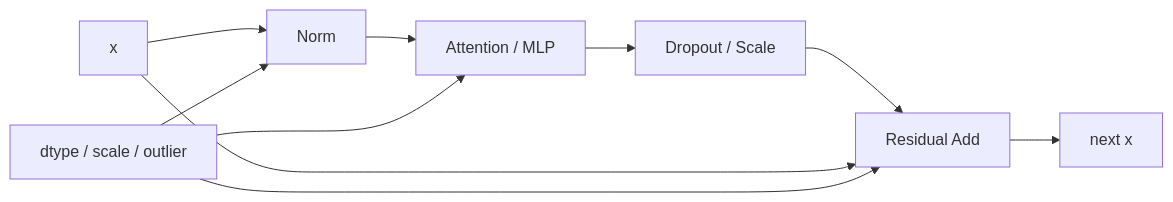
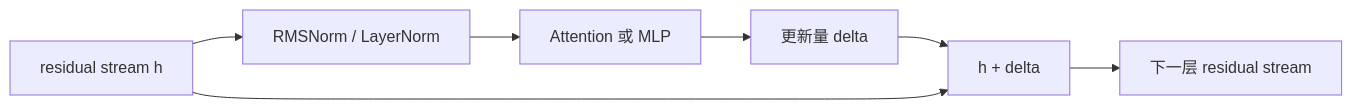
The diagram in files/foundations/normalization-residual-and-activation.md (Charles2530/Charles-AI-notes), drawn with Mermaid before and after one commit. The commit also changed other lines of this file and 437 other files, not shown here.

````diff
--- a/files/foundations/normalization-residual-and-activation.md
+++ b/files/foundations/normalization-residual-and-activation.md
@@ -172,12 +220,9 @@
 ```mermaid
 flowchart LR
-    A["x"] --> B["Norm"]
-    B --> C["Attention / MLP"]
-    C --> D["Dropout / Scale"]
-    D --> E["Residual Add"]
-    A --> E
-    E --> F["next x"]
-    G["dtype / scale / outlier"] --> B
-    G --> C
-    G --> E
+    H["residual stream h"] --> N1["RMSNorm / LayerNorm"]
+    N1 --> A["Attention 或 MLP"]
+    A --> U["更新量 delta"]
+    U --> Add["h + delta"]
+    H --> Add
+    Add --> Next["下一层 residual stream"]
 ```
````
